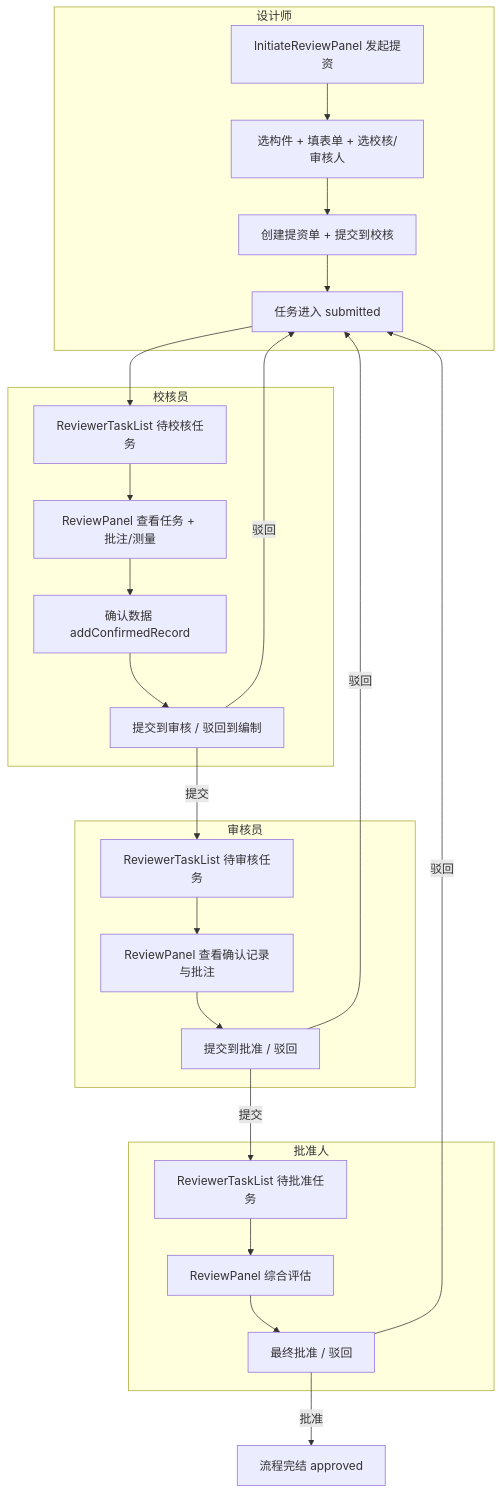
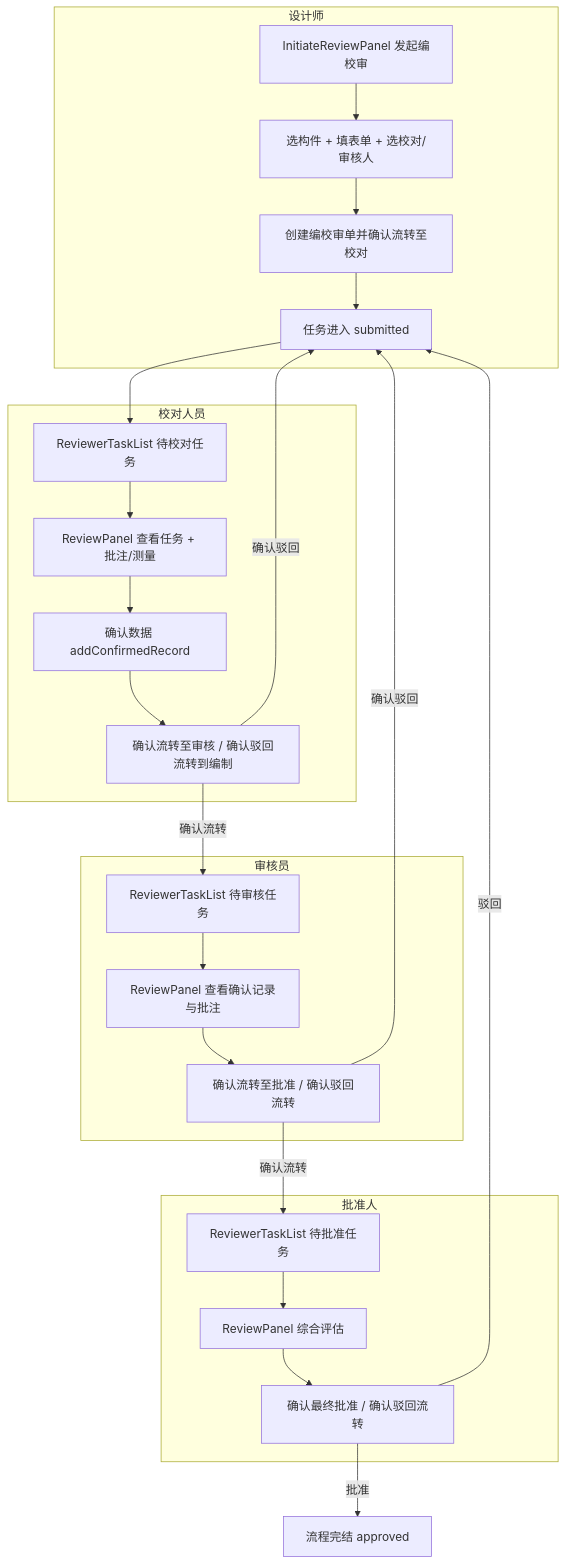
Before and after one commit to happyrust/plant3d-web: the diagram in docs/notes/三维校审流程与首次使用向导分析.md, drawn with Mermaid. The commit also changed other lines of this file and 106 other files, not shown here.

````diff
--- a/docs/notes/三维校审流程与首次使用向导分析.md
+++ b/docs/notes/三维校审流程与首次使用向导分析.md
@@ -34,39 +34,39 @@
 ```mermaid
 flowchart TD
     subgraph 设计师
-        D1[InitiateReviewPanel 发起提资]
-        D1 --> D2[选构件 + 填表单 + 选校核/审核人]
-        D2 --> D3[创建提资单 + 提交到校核]
+        D1[InitiateReviewPanel 发起编校审]
+        D1 --> D2[选构件 + 填表单 + 选校对/审核人]
+        D2 --> D3[创建编校审单并确认流转至校对]
         D3 --> D4[任务进入 submitted]
     end
 
-    subgraph 校核员
-        J1[ReviewerTaskList 待校核任务]
+    subgraph 校对人员
+        J1[ReviewerTaskList 待校对任务]
         J2[ReviewPanel 查看任务 + 批注/测量]
         J3[确认数据 addConfirmedRecord]
-        J4[提交到审核 / 驳回到编制]
+        J4[确认流转至审核 / 确认驳回流转到编制]
         D4 --> J1
         J1 --> J2 --> J3 --> J4
     end
 
     subgraph 审核员
         S1[ReviewerTaskList 待审核任务]
         S2[ReviewPanel 查看确认记录与批注]
-        S3[提交到批准 / 驳回]
-        J4 -->|提交| S1
-        J4 -->|驳回| D4
+        S3[确认流转至批准 / 确认驳回流转]
+        J4 -->|确认流转| S1
+        J4 -->|确认驳回| D4
         S1 --> S2 --> S3
     end
 
     subgraph 批准人
         P1[ReviewerTaskList 待批准任务]
         P2[ReviewPanel 综合评估]
-        P3[最终批准 / 驳回]
-        S3 -->|提交| P1
-        S3 -->|驳回| D4
+        P3[确认最终批准 / 确认驳回流转]
+        S3 -->|确认流转| P1
+        S3 -->|确认驳回| D4
         P1 --> P2 --> P3
     end
 
     P3 -->|批准| END[流程完结 approved]
     P3 -->|驳回| D4
 ```
````
